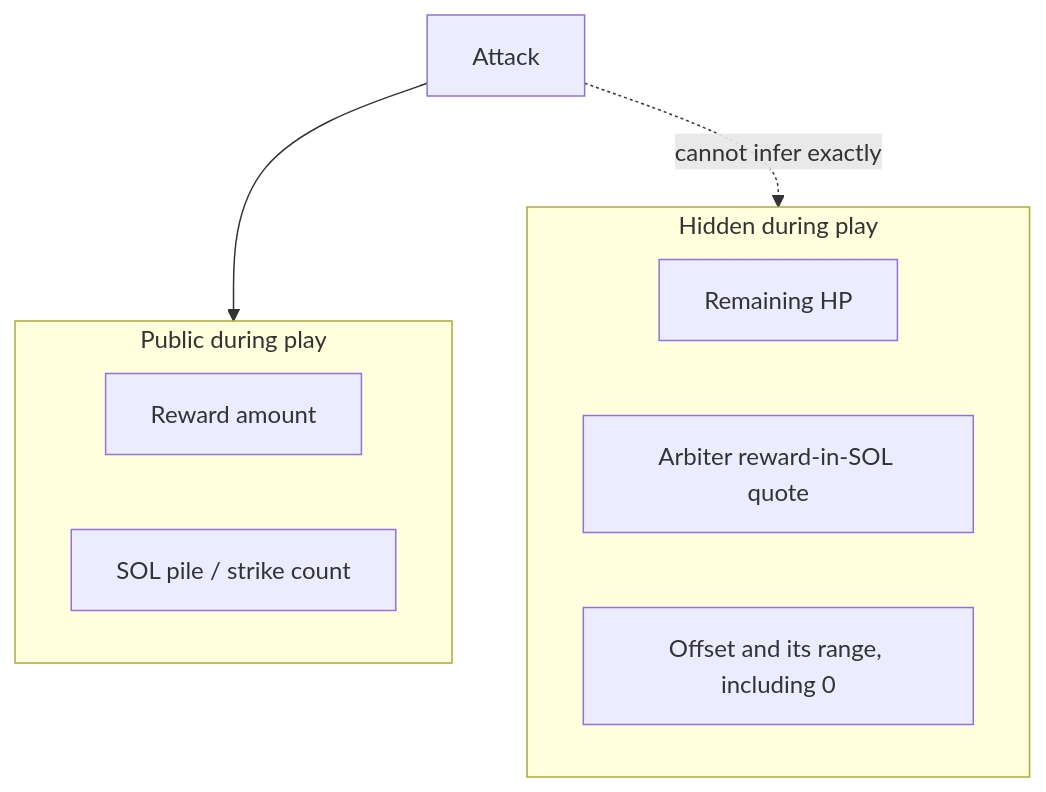
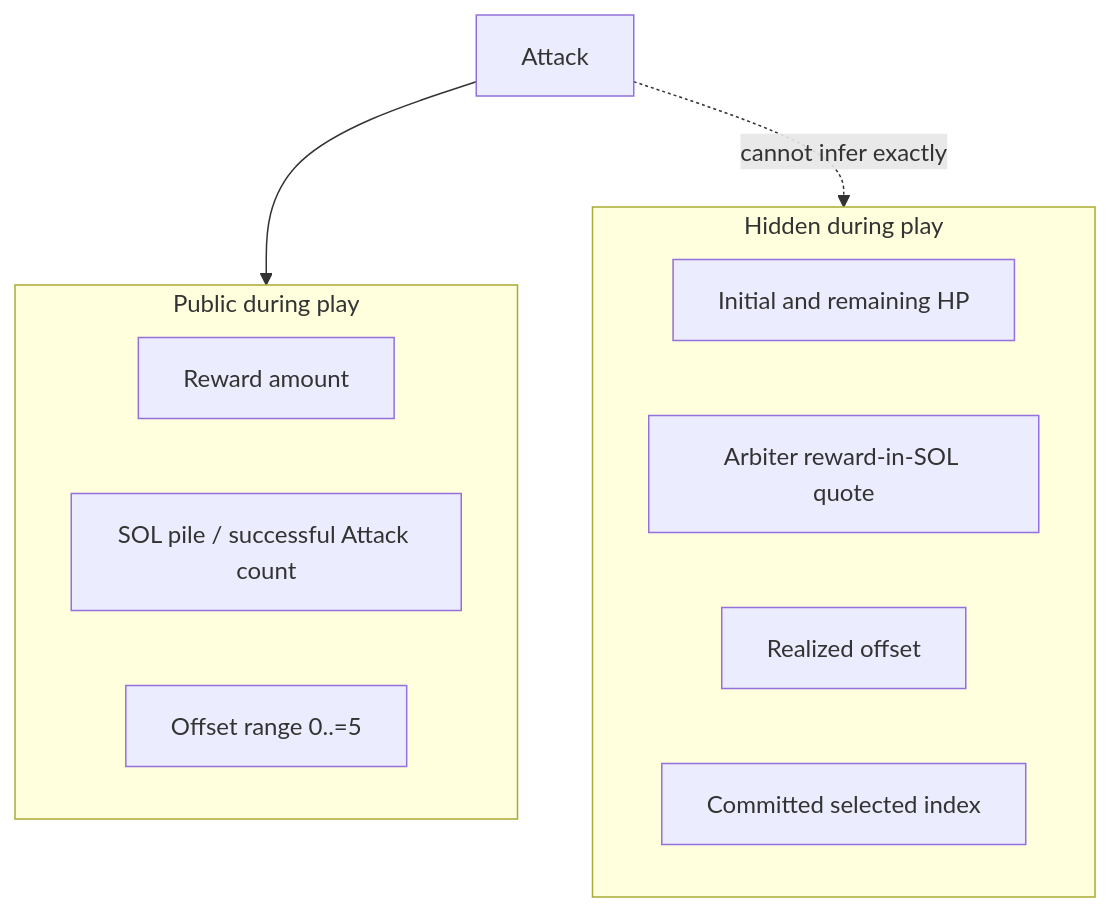
One commit to kilogold/confidential-pinata changed the second of 2 diagrams in docs/game.md. Above: the diagram before and after it, drawn with Mermaid. The commit also changed other lines of this file and 8 other files, not shown here.

````diff
--- a/docs/game.md
+++ b/docs/game.md
@@ -46,14 +56,16 @@
 ```mermaid
 flowchart TB
   subgraph visible [Public during play]
     prize[Reward amount]
-    pile[SOL pile / strike count]
+    pile[SOL pile / successful Attack count]
+    range[Offset range 0..=5]
   end
   subgraph hidden [Hidden during play]
-    hp[Remaining HP]
+    hp[Initial and remaining HP]
     quote[Arbiter reward-in-SOL quote]
-    off[Offset and its range, including 0]
+    off[Realized offset]
+    winner[Committed selected index]
   end
   strike[Attack] --> visible
-  strike -.->|"cannot infer exactly"| hidden
+  strike -.->|cannot infer exactly| hidden
 ```
````
